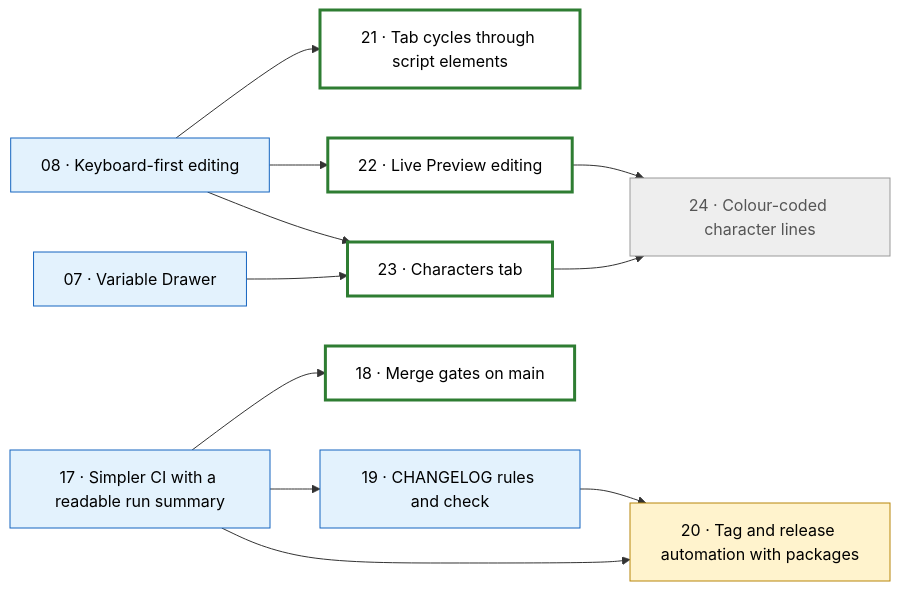
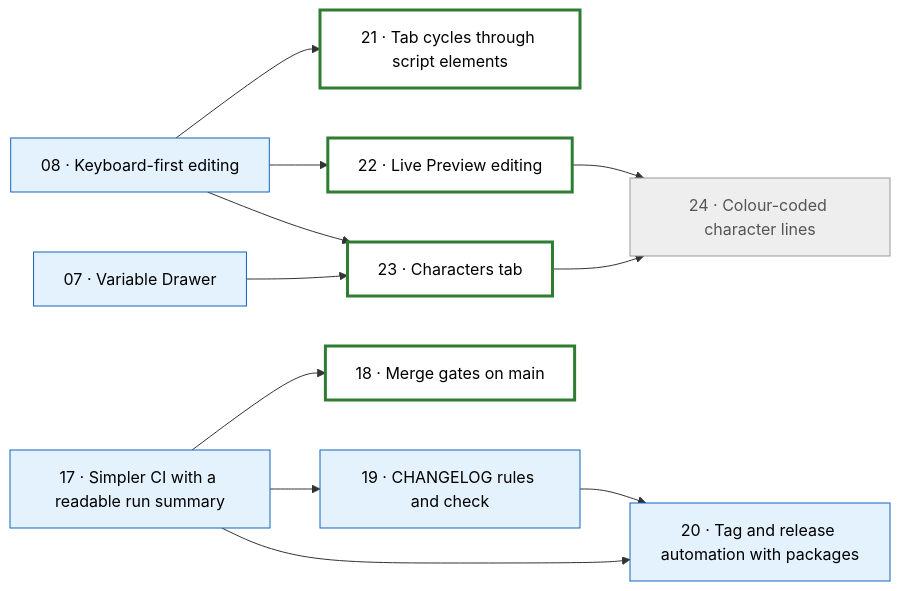
Before and after one commit to mikebgio/eink-screenplay-writer: the diagram in PLAN-2.md, drawn with Mermaid. The commit also changed other lines of this file and 19 other files, not shown here.

Commit message:
20: Tag and release automation with packages

````diff
--- a/PLAN-2.md
+++ b/PLAN-2.md
@@ -18,28 +18,28 @@
 ```mermaid
 flowchart LR
   T07["07 · Variable Drawer"]:::needsdevice
   T08["08 · Keyboard-first editing"]:::needsdevice
   T17["17 · Simpler CI with a readable run summary"]:::needsdevice
   T18["18 · Merge gates on main"]:::ready
   T19["19 · CHANGELOG rules and check"]:::needsdevice
-  T20["20 · Tag and release automation with packages"]:::inprogress
+  T20["20 · Tag and release automation with packages"]:::needsdevice
   T21["21 · Tab cycles through script elements"]:::ready
   T22["22 · Live Preview editing"]:::ready
   T23["23 · Characters tab"]:::ready
   T24["24 · Colour-coded character lines"]:::blocked
   T17 --> T18
   T17 --> T19
   T17 --> T20
   T19 --> T20
   T08 --> T21
   T08 --> T22
   T07 --> T23
   T08 --> T23
   T22 --> T24
   T23 --> T24
   classDef done fill:#d4edda,stroke:#2e7d32,color:#000
   classDef needsdevice fill:#e3f2fd,stroke:#1565c0,color:#000
   classDef inprogress fill:#fff3cd,stroke:#b8860b,color:#000
   classDef ready fill:#ffffff,stroke:#2e7d32,stroke-width:3px,color:#000
   classDef blocked fill:#eeeeee,stroke:#999,color:#555
 ```
````
